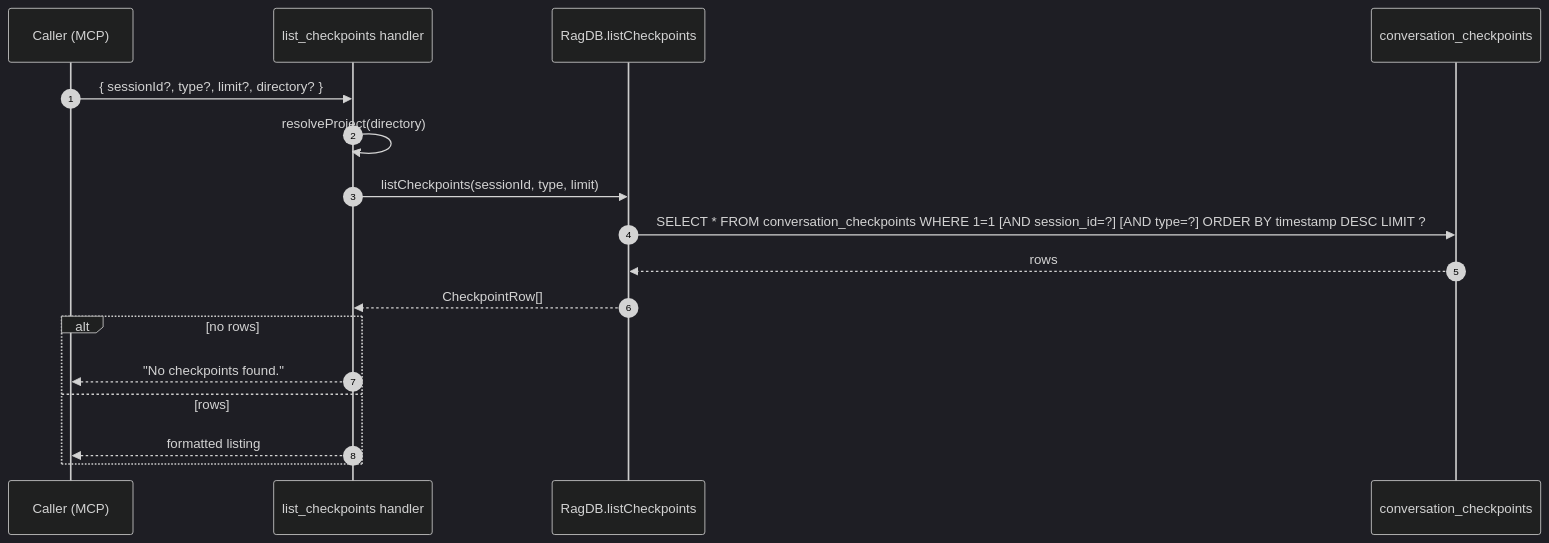
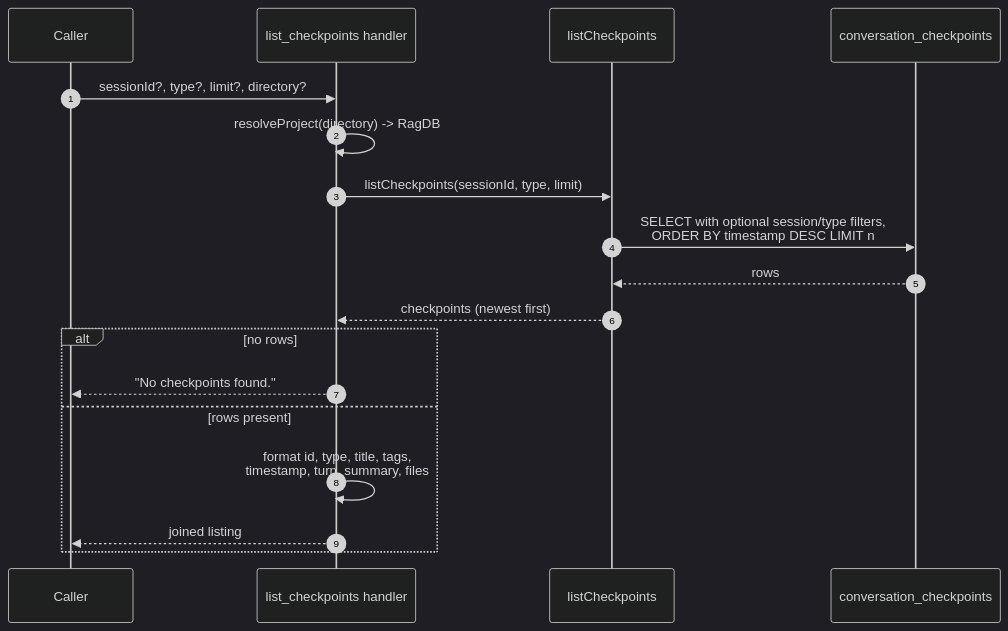
One commit to TheWinci/mimirs changed the diagram in wiki/tools/list-checkpoints.md. Above: the diagram before and after it, drawn with Mermaid (dark theme). The commit also changed other lines of this file and 52 other files, not shown here.

````diff
--- a/wiki/tools/list-checkpoints.md
+++ b/wiki/tools/list-checkpoints.md
@@ -9,20 +11,21 @@
 ```mermaid
 sequenceDiagram
   autonumber
-  participant Caller as Caller (MCP)
-  participant Handler as list_checkpoints handler
-  participant DB as RagDB.listCheckpoints
+  participant Caller
+  participant Tool as list_checkpoints handler
+  participant DB as listCheckpoints
   participant SQLite as conversation_checkpoints
 
-  Caller->>Handler: { sessionId?, type?, limit?, directory? }
-  Handler->>Handler: resolveProject(directory)
-  Handler->>DB: listCheckpoints(sessionId, type, limit)
-  DB->>SQLite: SELECT * FROM conversation_checkpoints WHERE 1=1 [AND session_id=?] [AND type=?] ORDER BY timestamp DESC LIMIT ?
+  Caller->>Tool: sessionId?, type?, limit?, directory?
+  Tool->>Tool: resolveProject(directory) -> RagDB
+  Tool->>DB: listCheckpoints(sessionId, type, limit)
+  DB->>SQLite: SELECT with optional session/type filters,<br>ORDER BY timestamp DESC LIMIT n
   SQLite-->>DB: rows
-  DB-->>Handler: CheckpointRow[]
+  DB-->>Tool: checkpoints (newest first)
   alt no rows
-    Handler-->>Caller: "No checkpoints found."
-  else rows
-    Handler-->>Caller: formatted listing
+    Tool-->>Caller: "No checkpoints found."
+  else rows present
+    Tool->>Tool: format id, type, title, tags,<br>timestamp, turn, summary, files
+    Tool-->>Caller: joined listing
   end
 ```
````
